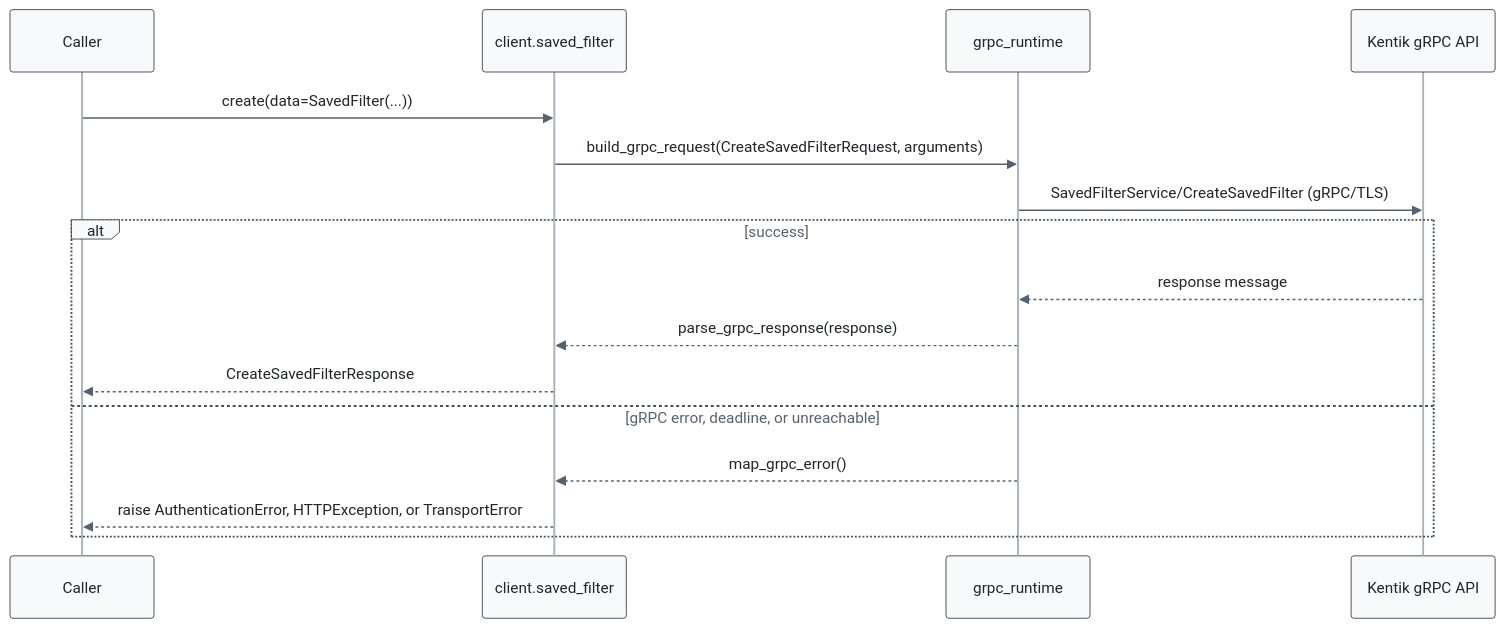
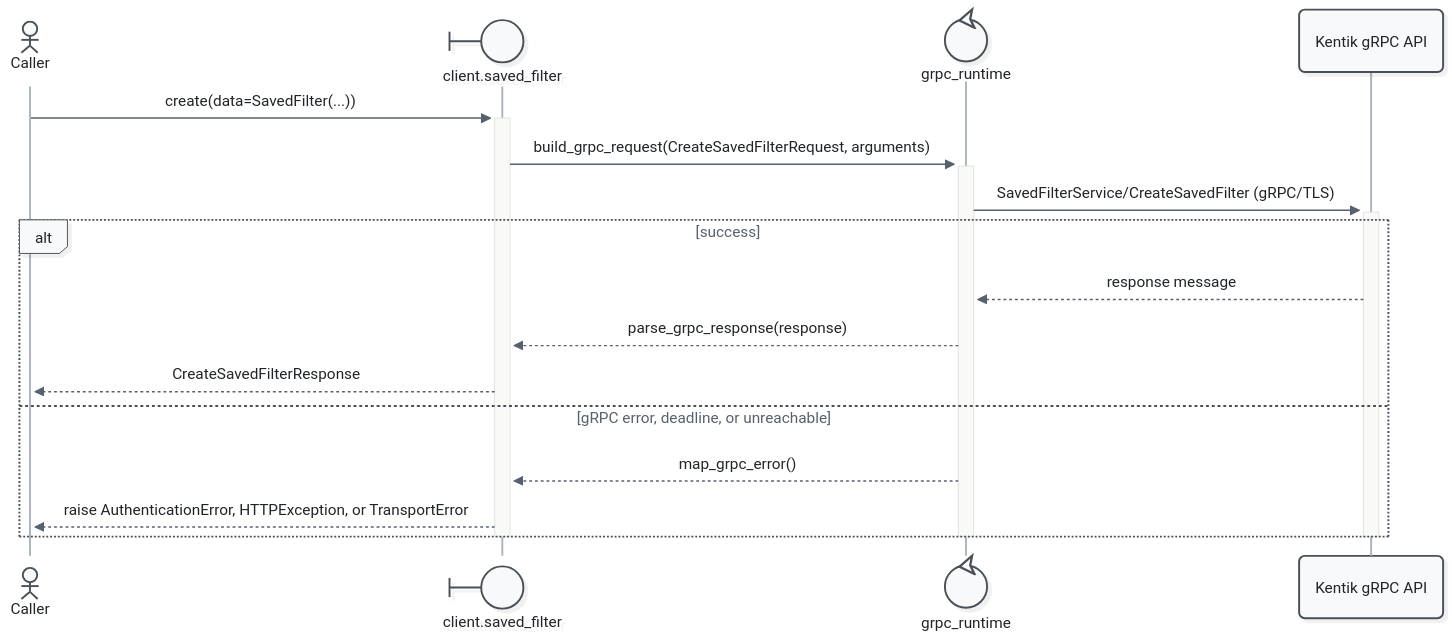
One commit to alexdearaujo/community_sdk_python changed the second of 13 diagrams in docs/sphinx/services/saved_filter.md. Above: the diagram before and after it, drawn with Mermaid. The commit also changed other lines of this file and 52 other files, not shown here.

First line of the commit message:
docs: Mermaid 12 sequence diagrams with participant types and path colors

````diff
--- a/docs/sphinx/services/saved_filter.md
+++ b/docs/sphinx/services/saved_filter.md
@@ -55,20 +57,23 @@
 ```mermaid
-%%{init: {"theme": "base", "fontFamily": "ui-monospace, SFMono-Regular, Menlo, monospace", "themeVariables": {"fontFamily": "ui-monospace, SFMono-Regular, Menlo, monospace", "primaryColor": "#f8f9fa", "primaryBorderColor": "#495057", "primaryTextColor": "#212529", "textColor": "#212529", "lineColor": "#77818c", "edgeLabelBackground": "#ffffff", "actorBkg": "#f8f9fa", "actorBorder": "#495057", "actorTextColor": "#212529", "actorLineColor": "#a9b3be", "signalColor": "#57616d", "signalTextColor": "#212529", "labelBoxBkgColor": "#f8f9fa", "labelBoxBorderColor": "#495057", "labelTextColor": "#212529", "loopTextColor": "#57616d", "noteBkgColor": "#fff9db", "noteBorderColor": "#f08c00", "noteTextColor": "#a35a00"}, "flowchart": {"curve": "step", "nodeSpacing": 30, "rankSpacing": 70, "wrappingWidth": 400}}}%%
+%%{init: {"theme": "redux", "look": "neo", "layout": "dagre", "fontFamily": "ui-monospace, SFMono-Regular, Menlo, monospace", "themeVariables": {"fontFamily": "ui-monospace, SFMono-Regular, Menlo, monospace", "primaryColor": "#f8f9fa", "primaryBorderColor": "#495057", "primaryTextColor": "#212529", "textColor": "#212529", "lineColor": "#77818c", "edgeLabelBackground": "#ffffff", "actorBkg": "#f8f9fa", "actorBorder": "#495057", "actorTextColor": "#212529", "actorLineColor": "#a9b3be", "signalColor": "#57616d", "signalTextColor": "#212529", "labelBoxBkgColor": "#f8f9fa", "labelBoxBorderColor": "#495057", "labelTextColor": "#212529", "loopTextColor": "#57616d", "noteBkgColor": "#fff9db", "noteBorderColor": "#f08c00", "noteTextColor": "#a35a00"}, "sequence": {"activationWidth": 16}, "flowchart": {"curve": "step", "nodeSpacing": 30, "rankSpacing": 70, "wrappingWidth": 400}}}%%
 sequenceDiagram
-    participant C as Caller
-    participant W as client.saved_filter
-    participant R as grpc_runtime
+    actor C as Caller
+    participant W@{ "type": "boundary" } as client.saved_filter
+    participant R@{ "type": "control" } as grpc_runtime
     participant API as Kentik gRPC API
 
-    C->>W: create(data=SavedFilter(...))
-    W->>R: build_grpc_request(CreateSavedFilterRequest, arguments)
-    R->>API: SavedFilterService/CreateSavedFilter (gRPC/TLS)
+    C->>+W: create(data=SavedFilter(...))
+    W->>+R: build_grpc_request(CreateSavedFilterRequest, arguments)
+    R->>+API: SavedFilterService/CreateSavedFilter (gRPC/TLS)
     alt success
         API-->>R: response message
         R-->>W: parse_grpc_response(response)
         W-->>C: CreateSavedFilterResponse
     else gRPC error, deadline, or unreachable
         R-->>W: map_grpc_error()
         W-->>C: raise AuthenticationError, HTTPException, or TransportError
     end
+    deactivate API
+    deactivate R
+    deactivate W
 ```
````
